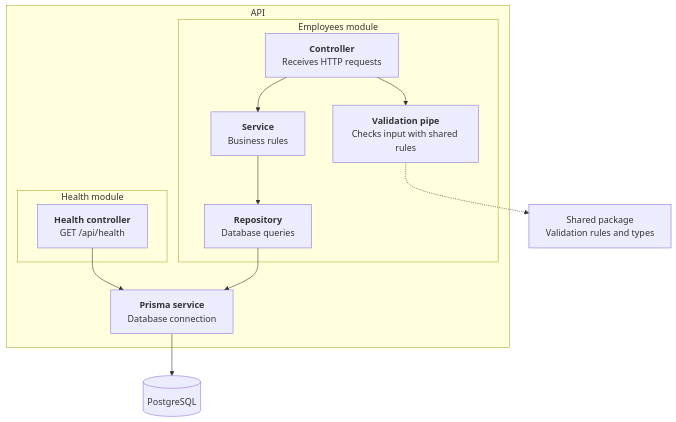
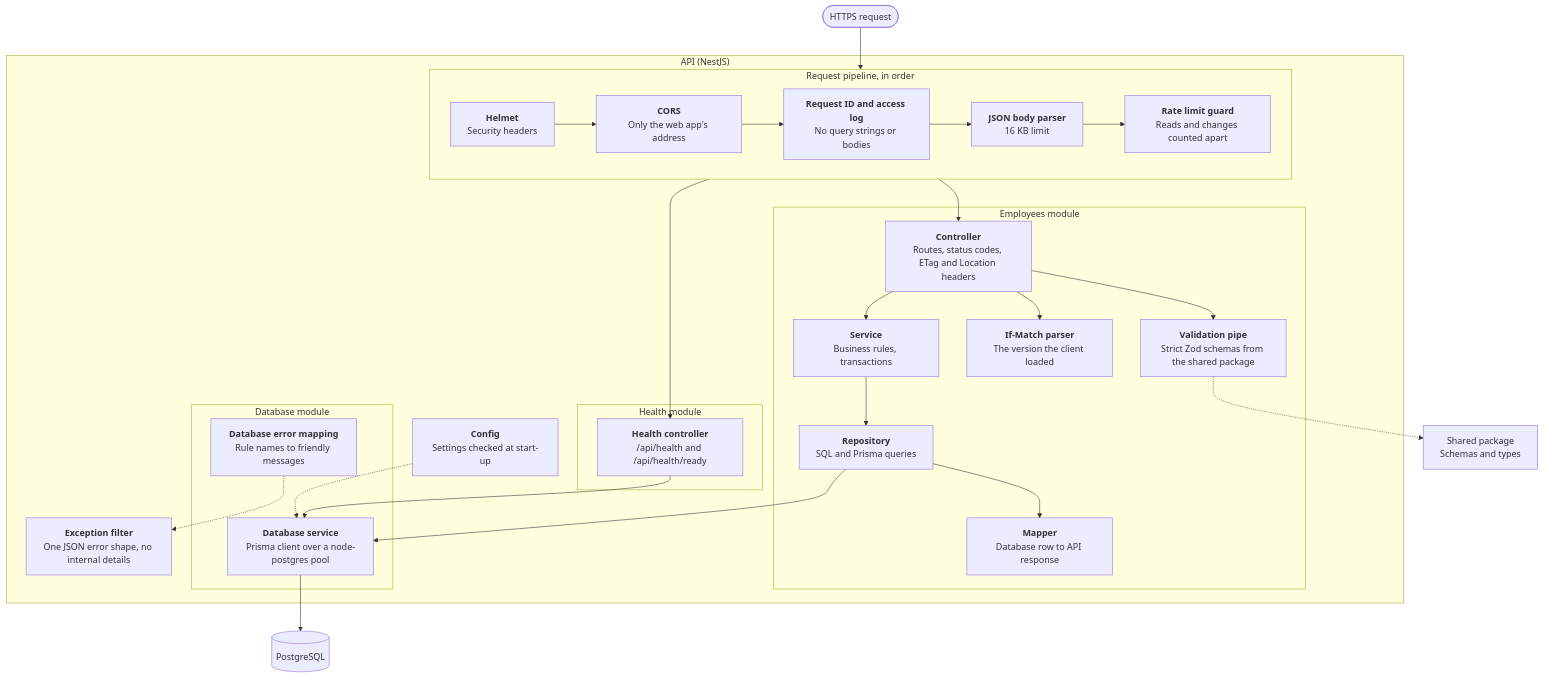
The third of 10 diagrams in docs/sas/SAS.md (Ayush-B99/hierarchyHub), drawn with Mermaid before and after one commit. The commit also changed other lines of this file and 1 other file, not shown here.

Commit message:
Add deployment and architecture diagrams, finalise the technical document

````diff
--- a/docs/sas/SAS.md
+++ b/docs/sas/SAS.md
@@ -83,26 +83,55 @@
 ```mermaid
 flowchart TB
-    subgraph api["API"]
+    req(["HTTPS request"])
+
+    subgraph api["API (NestJS)"]
+        subgraph pipeline["Request pipeline, in order"]
+            direction LR
+            helmet["<b>Helmet</b><br/>Security headers"]
+            cors["<b>CORS</b><br/>Only the web app's address"]
+            rid["<b>Request ID and access log</b><br/>No query strings or bodies"]
+            body["<b>JSON body parser</b><br/>16 KB limit"]
+            throttle["<b>Rate limit guard</b><br/>Reads and changes counted apart"]
+            helmet --> cors --> rid --> body --> throttle
+        end
+
         subgraph emp["Employees module"]
-            ctrl["<b>Controller</b><br/>Receives HTTP requests"]
-            pipe["<b>Validation pipe</b><br/>Checks input with shared rules"]
-            svc["<b>Service</b><br/>Business rules"]
-            repo["<b>Repository</b><br/>Database queries"]
+            ctrl["<b>Controller</b><br/>Routes, status codes, ETag and Location headers"]
+            pipe["<b>Validation pipe</b><br/>Strict Zod schemas from the shared package"]
+            ifm["<b>If-Match parser</b><br/>The version the client loaded"]
+            svc["<b>Service</b><br/>Business rules, transactions"]
+            repo["<b>Repository</b><br/>SQL and Prisma queries"]
+            map["<b>Mapper</b><br/>Database row to API response"]
         end
+
         subgraph health["Health module"]
-            hc["<b>Health controller</b><br/>GET /api/health"]
+            hc["<b>Health controller</b><br/>/api/health and /api/health/ready"]
         end
-        prisma["<b>Prisma service</b><br/>Database connection"]
+
+        subgraph dbm["Database module"]
+            dbs["<b>Database service</b><br/>Prisma client over a node-postgres pool"]
+            dberr["<b>Database error mapping</b><br/>Rule names to friendly messages"]
+        end
+
+        filter["<b>Exception filter</b><br/>One JSON error shape, no internal details"]
+        config["<b>Config</b><br/>Settings checked at start-up"]
     end
 
-    shared["Shared package<br/>Validation rules and types"]
+    shared["Shared package<br/>Schemas and types"]
     db[("PostgreSQL")]
 
+    req --> helmet
+    throttle --> ctrl
+    throttle --> hc
     ctrl --> pipe
+    ctrl --> ifm
     pipe -.-> shared
     ctrl --> svc
     svc --> repo
-    repo --> prisma
-    hc --> prisma
-    prisma --> db
+    repo --> map
+    repo --> dbs
+    hc --> dbs
+    dbs --> db
+    dberr -.-> filter
+    config -.-> dbs
 ```
````
